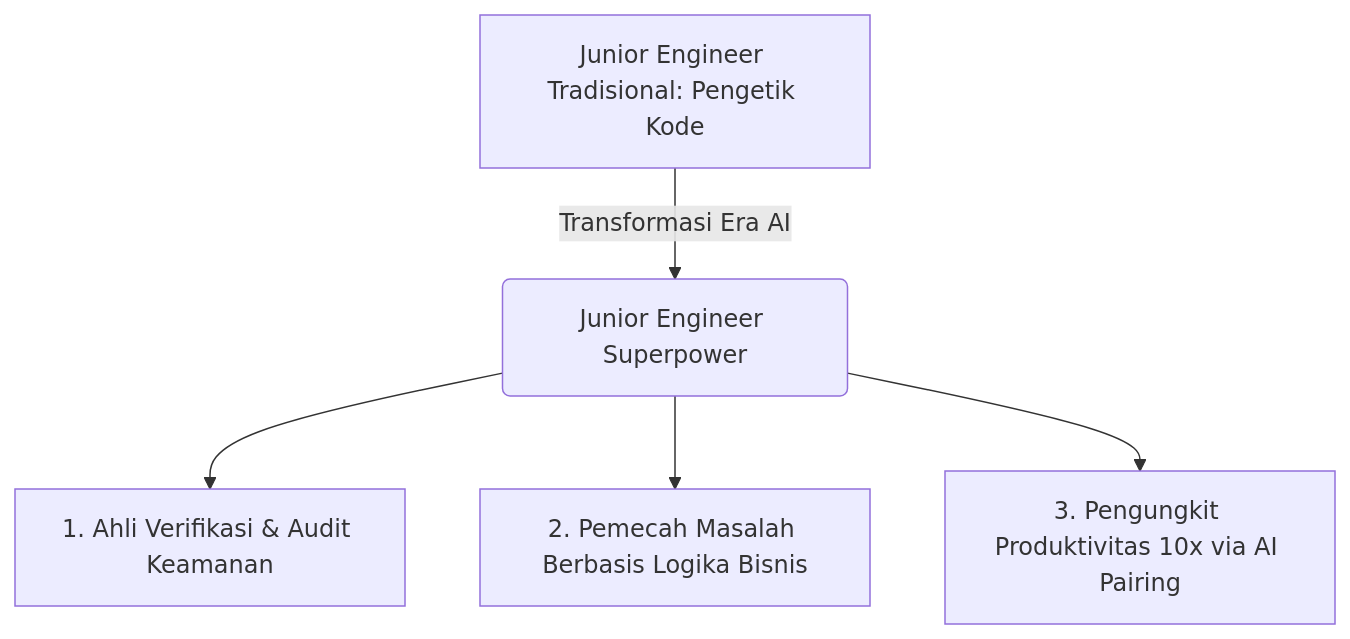
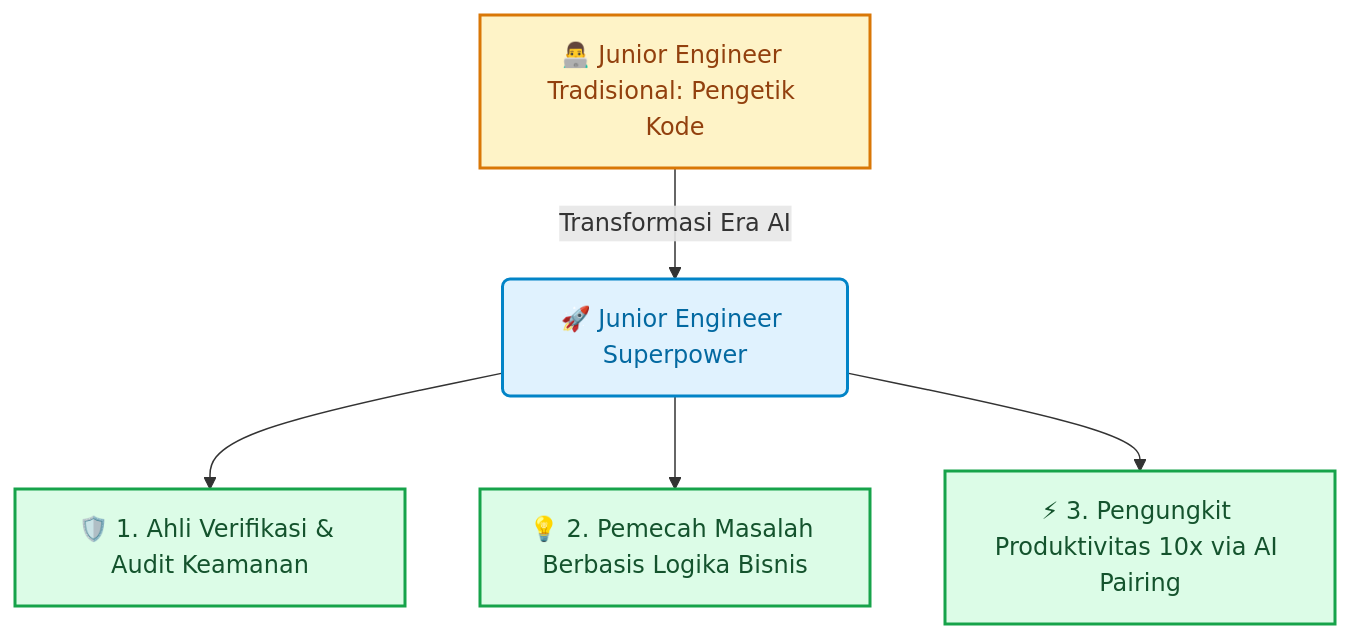
Before and after one commit to abdul-zailani/abdul-zailani.github.io: the diagram in _posts/2026-08-18-ai-superpower-junior-engineer.md, drawn with Mermaid. The commit also changed other lines of this file and 12 other files, not shown here.

Commit message:
feat(diagrams): upgrade to mermaid v11 hand-drawn excalidraw style with macos window cards

````diff
--- a/_posts/2026-08-18-ai-superpower-junior-engineer.md
+++ b/_posts/2026-08-18-ai-superpower-junior-engineer.md
@@ -35,7 +36,15 @@
 ```mermaid
 graph TD
-    A[Junior Engineer Tradisional: Pengetik Kode] -->|Transformasi Era AI| B(Junior Engineer Superpower)
-    B --> C[1. Ahli Verifikasi & Audit Keamanan]
-    B --> D[2. Pemecah Masalah Berbasis Logika Bisnis]
-    B --> E[3. Pengungkit Produktivitas 10x via AI Pairing]
+    A[👨‍💻 Junior Engineer Tradisional: Pengetik Kode] -->|Transformasi Era AI| B(🚀 Junior Engineer Superpower)
+    B --> C[🛡️ 1. Ahli Verifikasi & Audit Keamanan]
+    B --> D[💡 2. Pemecah Masalah Berbasis Logika Bisnis]
+    B --> E[⚡ 3. Pengungkit Produktivitas 10x via AI Pairing]
+
+    classDef primary fill:#E0F2FE,stroke:#0284C7,stroke-width:2px,color:#0369A1;
+    classDef success fill:#DCFCE7,stroke:#16A34A,stroke-width:2px,color:#14532D;
+    classDef warning fill:#FEF3C7,stroke:#D97706,stroke-width:2px,color:#92400E;
+
+    class A warning;
+    class B primary;
+    class C,D,E success;
 ```
````
